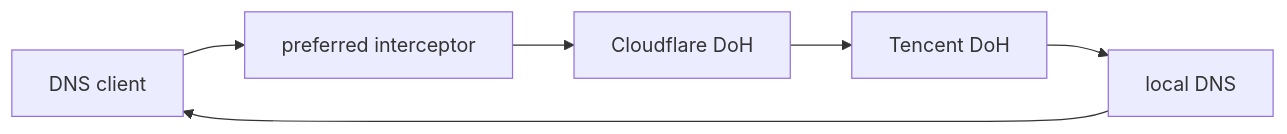
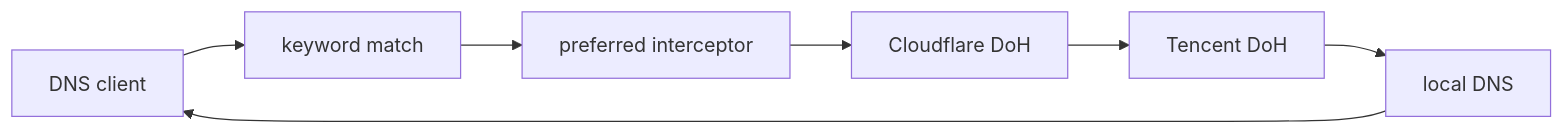
One commit to Fuxx-1/EdgeSteer changed the diagram in README.md. Above: the diagram before and after it, drawn with Mermaid. The commit also changed other lines of this file and 10 other files, not shown here.

````diff
--- a/README.md
+++ b/README.md
@@ -14,8 +16,9 @@
 ```mermaid
 flowchart LR
-    Client["DNS client"] --> Preferred["preferred interceptor"]
+    Client["DNS client"] --> Match["keyword match"]
+    Match --> Preferred["preferred interceptor"]
     Preferred --> CF["Cloudflare DoH"]
     CF --> Tencent["Tencent DoH"]
     Tencent --> Local["local DNS"]
     Local --> Client
 ```
````
